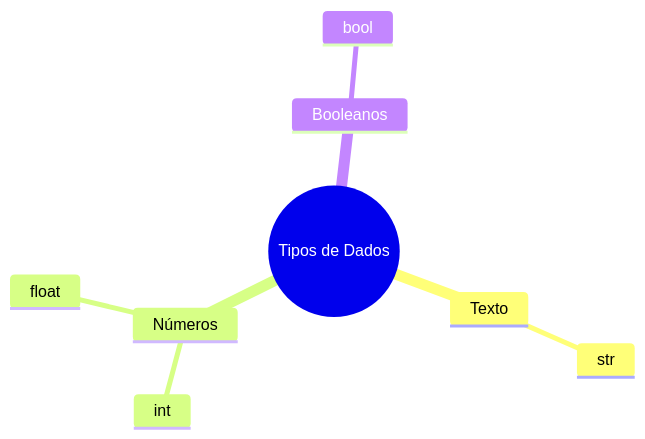
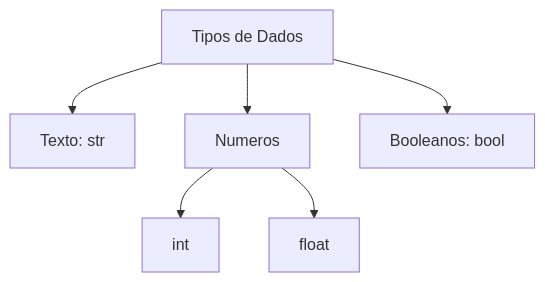
One commit to ricardotecpro/ads_spec_backend_com_python changed the diagram in docs/02.md. Above: the diagram before and after it, drawn with Mermaid. The commit also changed 1 other file, not shown here.

Commit message:
fix: correct UTF-8 encoding in Mermaid diagrams and replace mindmap with flowchart for compatibility

````diff
--- a/docs/02.md
+++ b/docs/02.md
@@ -44,11 +44,8 @@
 ```mermaid
-mindmap
-  root((Tipos de Dados))
-    Texto
-      str
-    Números
-      int
-      float
-    Booleanos
-      bool
+flowchart TD
+    A[Tipos de Dados] --> B[Texto: str]
+    A --> C[Numeros]
+    A --> D[Booleanos: bool]
+    C --> E[int]
+    C --> F[float]
 ```
````
